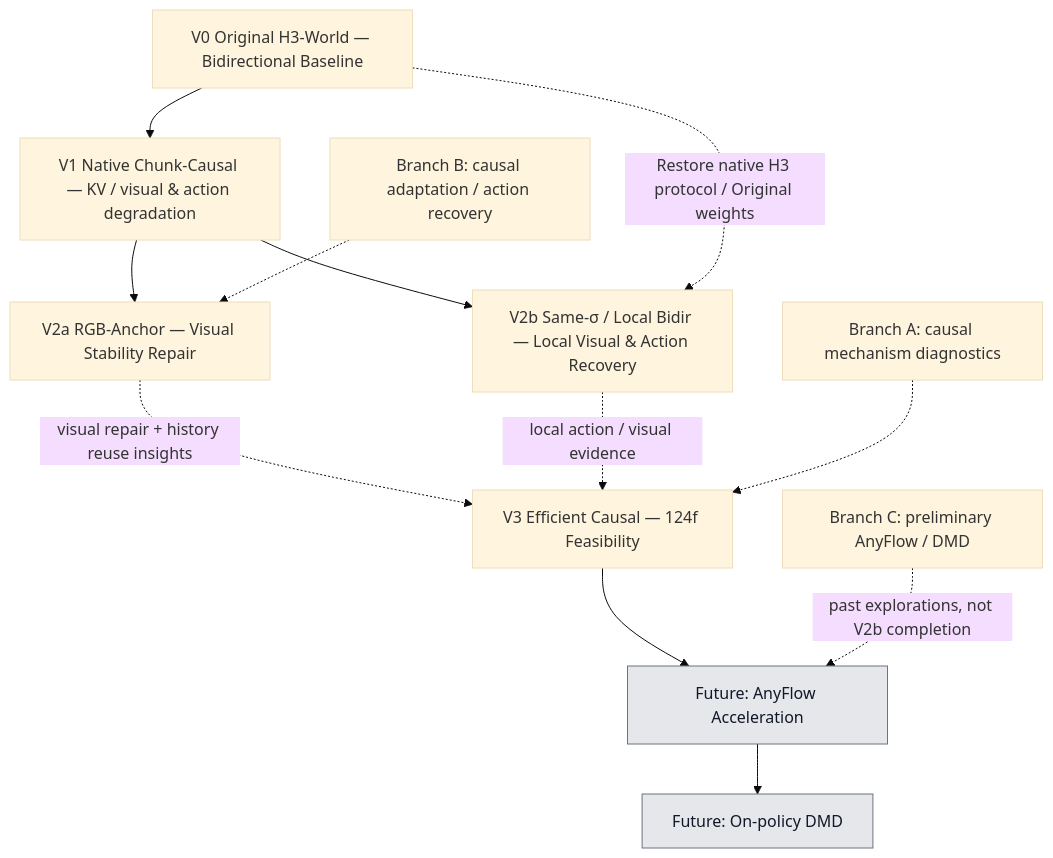
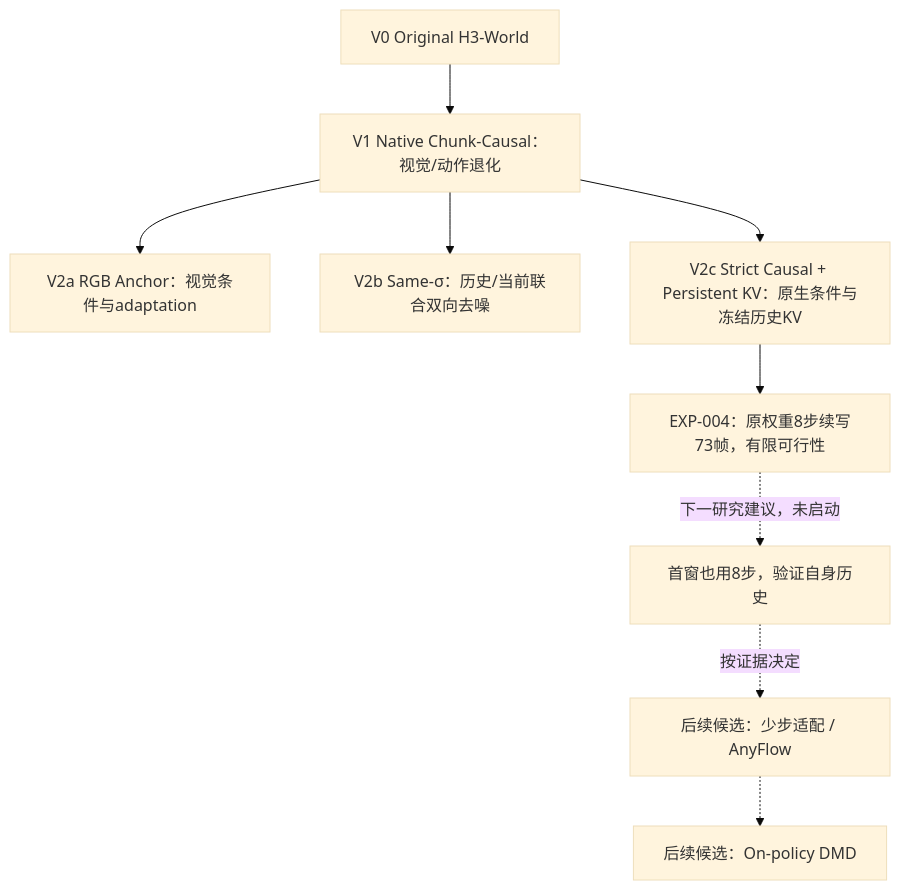
One commit to alexmqth/H3-SolarWM changed the diagram in report/roadmap.md. Above: the diagram before and after it, drawn with Mermaid (base theme). The commit also changed other lines of this file and 231 other files, not shown here.

Commit message:
Group V2 repair variants and reclassify strict causal KV as V2c

````diff
--- a/report/roadmap.md
+++ b/report/roadmap.md
@@ -5,16 +5,11 @@
 ```mermaid
 flowchart TD
-    V0["V0 Original H3-World — Bidirectional Baseline"] --> V1["V1 Native Chunk-Causal — KV / visual & action degradation"]
-    V1 --> V2a["V2a RGB-Anchor — Visual Stability Repair"]
-    V1 --> V2b["V2b Same-σ / Local Bidir — Local Visual & Action Recovery"]
-    V0 -. "Restore native H3 protocol / Original weights" .-> V2b
-    V2a -. "visual repair + history reuse insights" .-> V3["V3 Efficient Causal — 124f Feasibility"]
-    V2b -. "local action / visual evidence" .-> V3
-    V3 --> AF["Future: AnyFlow Acceleration"]
-    AF --> DMD["Future: On-policy DMD"]
-    A["Branch A: causal mechanism diagnostics"] -.-> V3
-    B["Branch B: causal adaptation / action recovery"] -.-> V2a
-    C["Branch C: preliminary AnyFlow / DMD"] -. "past explorations, not V2b completion" .-> AF
-    classDef planned fill:#e5e7eb,stroke:#6b7280,color:#111827
-    class AF,DMD planned
+    V0["V0 Original H3-World"] --> V1["V1 Native Chunk-Causal：视觉/动作退化"]
+    V1 --> V2a["V2a RGB Anchor：视觉条件与adaptation"]
+    V1 --> V2b["V2b Same-σ：历史/当前联合双向去噪"]
+    V1 --> V2c["V2c Strict Causal + Persistent KV：原生条件与冻结历史KV"]
+    V2c --> E4["EXP-004：原权重8步续写73帧，有限可行性"]
+    E4 -. "下一研究建议，未启动" .-> N["首窗也用8步，验证自身历史"]
+    N -. "按证据决定" .-> AF["后续候选：少步适配 / AnyFlow"]
+    AF -.-> DMD["后续候选：On-policy DMD"]
 ```
````
